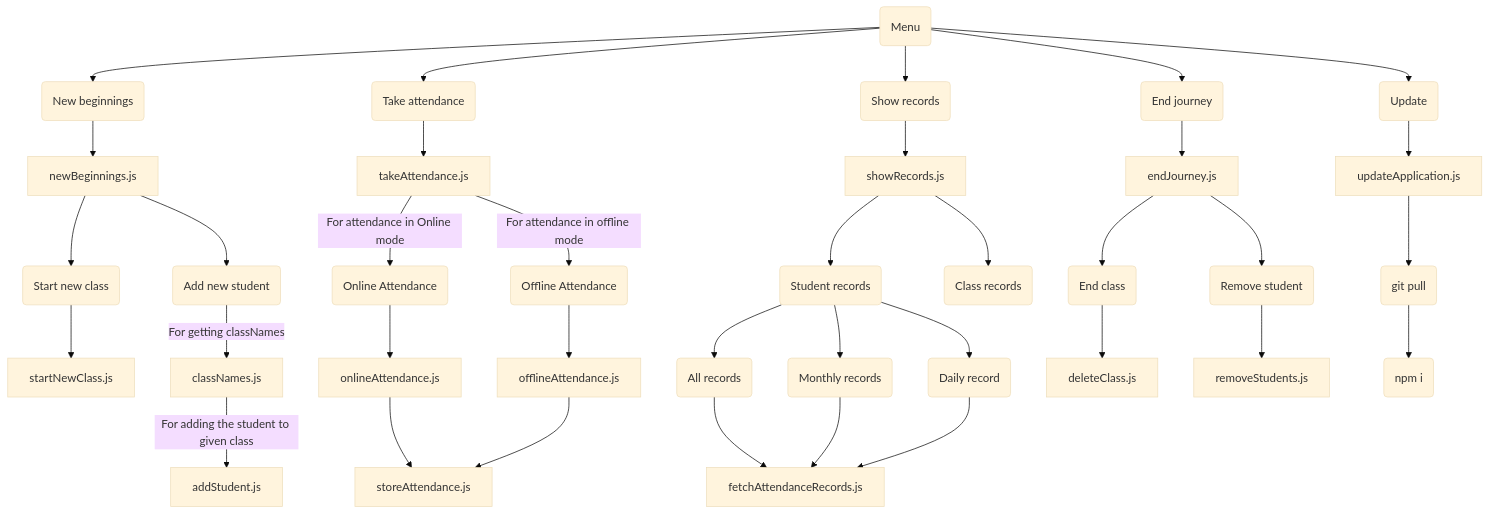
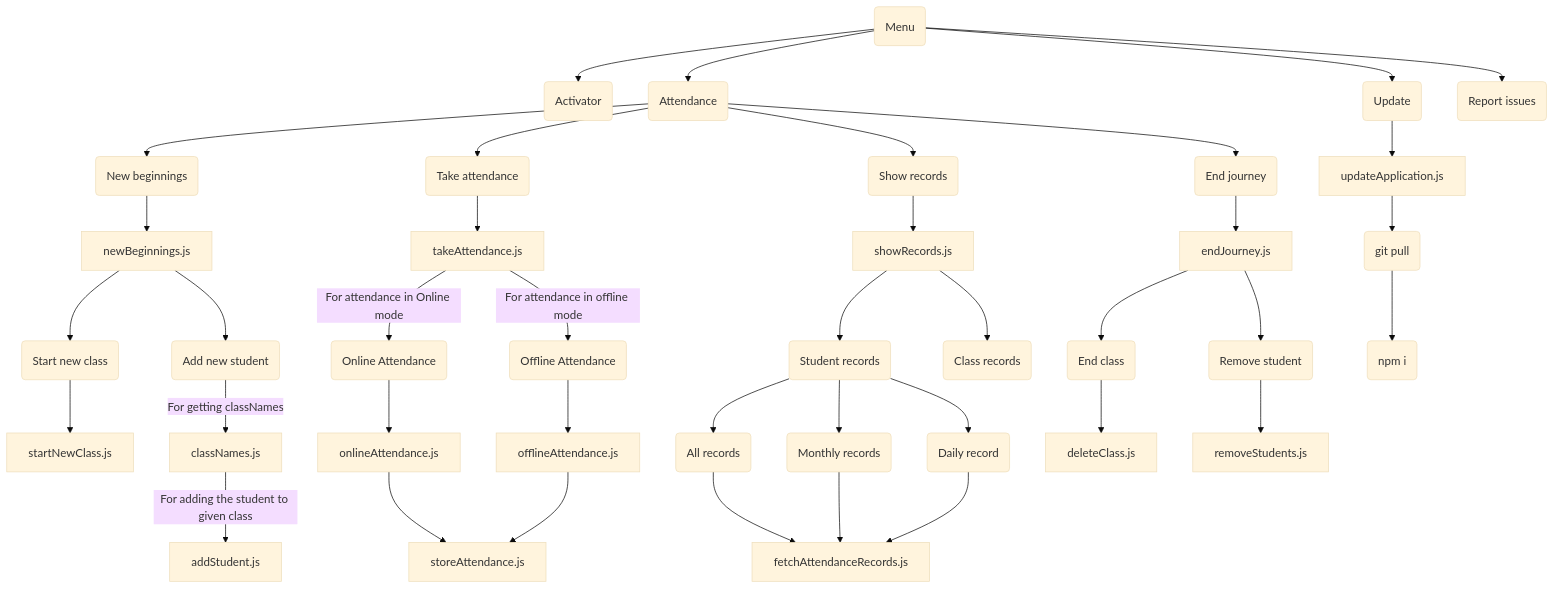
The diagram in SystemArchitecture.md (Sam-Varghese/TeachersKit), drawn with Mermaid (base theme) before and after one commit. The commit also changed 9 other files, not shown here.

````diff
--- a/SystemArchitecture.md
+++ b/SystemArchitecture.md
@@ -1,75 +1,82 @@
 ```mermaid
 flowchart TB;
 
 %% Creating menu items
 
-menu(Menu) --> newBeg(New beginnings)
-menu --> takAtt(Take attendance)
-menu --> shRec(Show records)
-menu --> endJrn(End journey)
+menu(Menu) --> act(Activator)
+menu --> attendance(Attendance)
 menu --> upd(Update)
+menu --> report(Report issues)
+
+%% Attendance menu items
+
+attendance --> newBeg(New beginnings)
+attendance --> takAtt(Take attendance)
+attendance --> shRec(Show records)
+attendance --> endJrn(End journey)
+
 
 %% Putting up the file names for resp. menu items
 
 newBeg --> newBegFil[newBeginnings.js]
 takAtt --> takAttFil[takeAttendance.js]
 shRec --> shRecFil[showRecords.js]
 endJrn --> endJrnFil[endJourney.js]
 upd --> updFil[updateApplication.js]
 
 %% Menu items of New beginnings
 
 newBegFil --> newBegOpt1(Start new class)
 newBegFil --> newBegOpt2(Add new student)
 
 %% Files for all menu items of new Beginnings
 
 newBegOpt1 --> newBegOpt1Fil[startNewClass.js]
 newBegOpt2 --> |For getting classNames|newBegOpt2File1[classNames.js]
 newBegOpt2File1 --> |For adding the student to given class|newBegOpt2File2[addStudent.js]
 
 %% Menu items for taking attendance
 
 takAttFil --> |For attendance in Online mode|onlAtt(Online Attendance)
 takAttFil --> |For attendance in offline mode|offAtt(Offline Attendance)
 
 %% Files required for respective menu items of modes of attendance
 
 onlAtt --> onlAttFil[onlineAttendance.js]
 offAtt --> offAttFile[offlineAttendance.js]
 
 onlAttFil --> strAtt[storeAttendance.js]
 offAttFile --> strAtt
 
 %% Working on showRecords menu items
 
 shRecFil --> stuRec(Student records)
 shRecFil --> classRec(Class records)
 
 %% Working on student records
 
 stuRec --> allRec(All records)
 stuRec --> monthlyRec(Monthly records)
 stuRec --> dailyRec(Daily record)
 
 %% Working on student records menu item files
 
 allRec --> recordsProg[fetchAttendanceRecords.js]
 monthlyRec --> recordsProg
 dailyRec --> recordsProg
 
 %% Working on endJourney menu items
 
 endJrnFil --> endClass(End class)
 endJrnFil --> remStu(Remove student)
 
 %% Working on file for endJourney menu items
 
 endClass --> endClassFil[deleteClass.js]
 remStu --> remStuFil[removeStudents.js]
 
 %% Update application working
 
 updFil --> pullChange(git pull)
 pullChange --> instPckg(npm i)
 ```
````
